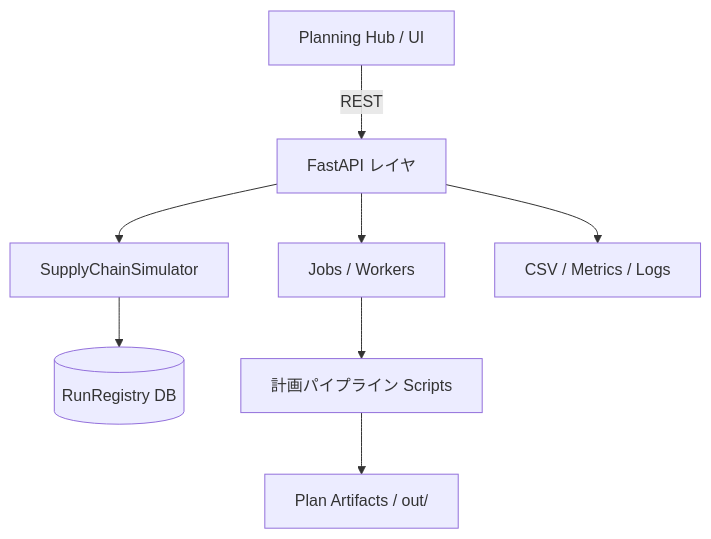
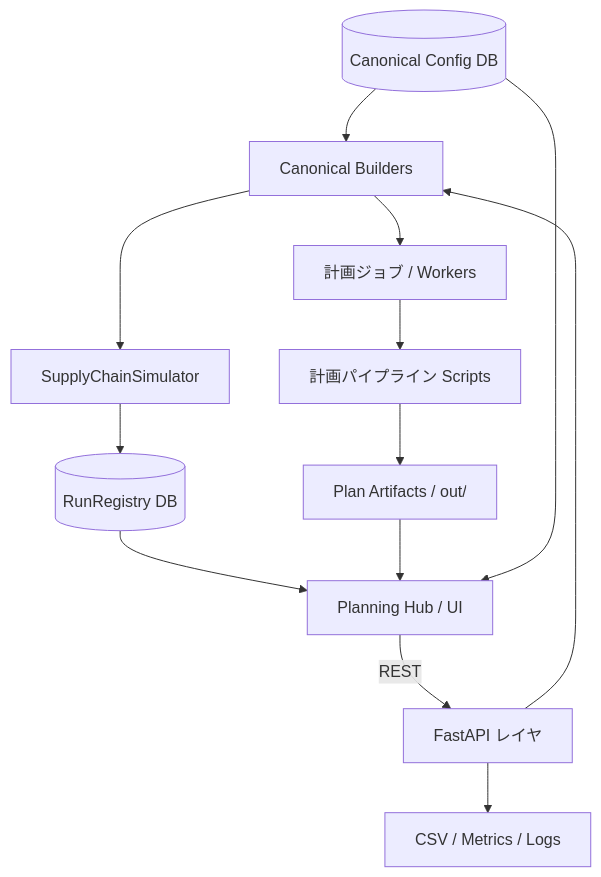
One commit to miumigy/scpln changed the third of 3 diagrams in README.md. Above: the diagram before and after it, drawn with Mermaid. The commit also changed other lines of this file and 2 other files, not shown here.

Commit message:
docs: Canonical設定統合ドキュメントを恒久化

````diff
--- a/README.md
+++ b/README.md
@@ -195,10 +200,15 @@
 ```mermaid
 flowchart TD
+  Config[(Canonical Config DB)] --> Builder[Canonical Builders]
   UI[Planning Hub / UI] -->|REST| API[FastAPI レイヤ]
-  API --> Sim[SupplyChainSimulator]
-  API --> Jobs[Jobs / Workers]
-  Sim --> DB[(RunRegistry DB)]
+  API --> Builder
+  Builder --> Jobs[計画ジョブ / Workers]
+  Builder --> Sim[SupplyChainSimulator]
   Jobs --> Pipelines[計画パイプライン Scripts]
   Pipelines --> Artifacts[Plan Artifacts / out/]
+  Sim --> RunDB[(RunRegistry DB)]
+  RunDB --> UI
+  Artifacts --> UI
   API --> Docs[CSV / Metrics / Logs]
+  Config --> UI
 ```
````
